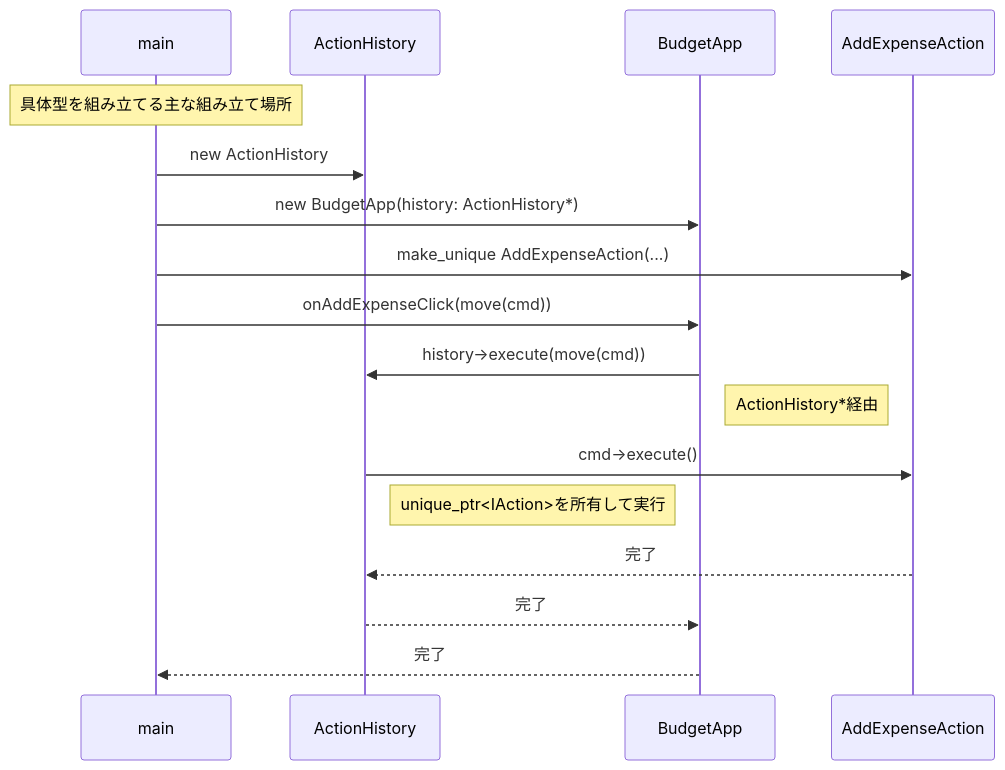
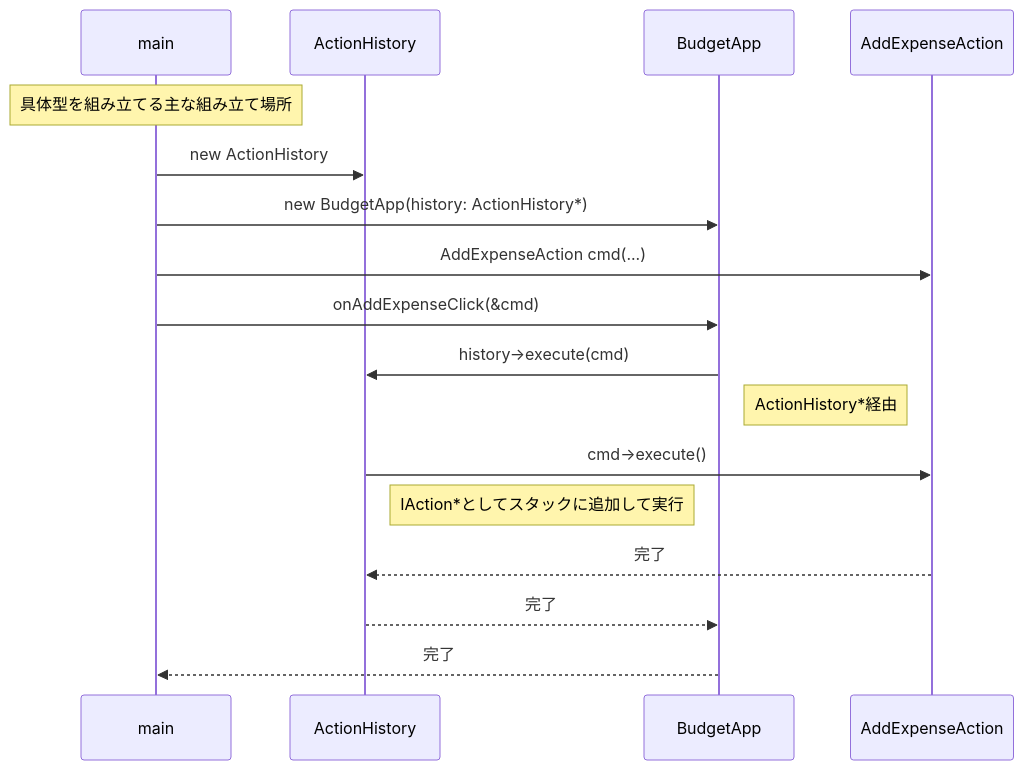
One commit to kumachan1101-pixel/DesignPattern changed the fourth of 6 diagrams in kindle/design-patterns/output/chapter05.md. Above: the diagram before and after it, drawn with Mermaid. The commit also changed other lines of this file and 1 other file, not shown here.

````diff
--- a/kindle/design-patterns/output/chapter05.md
+++ b/kindle/design-patterns/output/chapter05.md
@@ -1006,19 +1004,19 @@
 ```mermaid
 sequenceDiagram
     participant main
     participant CH as ActionHistory
     participant BA as BudgetApp
     participant AEC as AddExpenseAction
     Note over main: 具体型を組み立てる主な組み立て場所
     main->>CH: new ActionHistory
     main->>BA: new BudgetApp(history: ActionHistory*)
-    main->>AEC: make_unique AddExpenseAction(...)
-    main->>BA: onAddExpenseClick(move(cmd))
-    BA->>CH: history->execute(move(cmd))
+    main->>AEC: AddExpenseAction cmd(...)
+    main->>BA: onAddExpenseClick(&cmd)
+    BA->>CH: history->execute(cmd)
     Note right of BA: ActionHistory*経由
     CH->>AEC: cmd->execute()
-    Note right of CH: unique_ptr<IAction>を所有して実行
+    Note right of CH: IAction*としてスタックに追加して実行
     AEC-->>CH: 完了
     CH-->>BA: 完了
     BA-->>main: 完了
 ```
````
